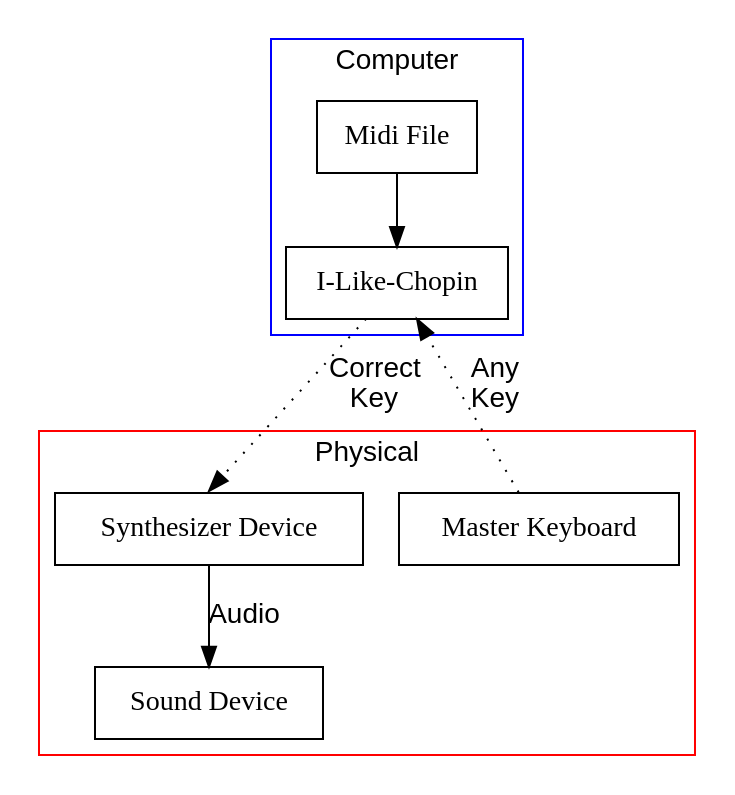
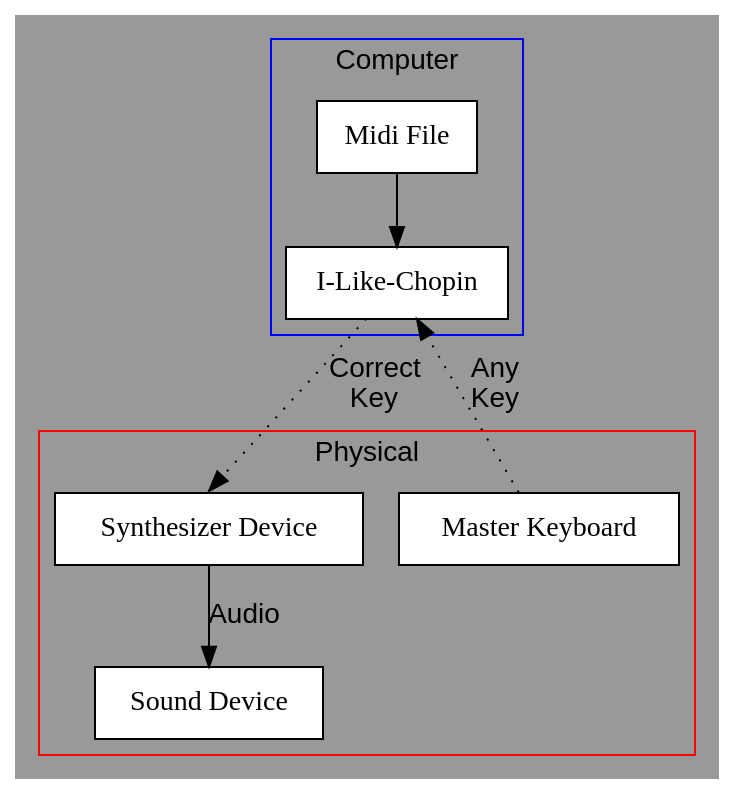
Before and after one commit to obook/I-like-Chopin: the diagram in media/ILC2.gv, drawn with Graphviz. The commit also changed 3 other files, not shown here.

```diff
--- a/media/ILC2.gv
+++ b/media/ILC2.gv
@@ -1,29 +1,30 @@
 digraph {
+        bgcolor="#999999";
         splines=false;
         ranksep=0.5;
         fontname="Helvetica,Arial,sans-serif";
         node[shape=box, color=black, style=filled, fillcolor=white];
         edge [fontname="Helvetica,Arial,sans-serif", color=black];
 
         subgraph cluster_0 {
                 label = "Computer";
                 color=blue;
                 MIDIFILE [label="Midi File"];
                 ILC [label="I-Like-Chopin"];
 
         }
 
         MIDIFILE -> ILC
         ILC -> SYNTH:n [label="Correct\lKey",labeljust=l,style="dotted"];
 
         subgraph cluster_1 {
                 label = "Physical";
                 color=red;
                 KEYBOARD[label="Master Keyboard"];
                 SYNTH [label="Synthesizer Device\n"];
                 SOUNDEVICE[label="Sound Device"];
         }
 
         KEYBOARD -> ILC [label="Any\rKey",style="dotted"];
         SYNTH -> SOUNDEVICE [label="Audio"];
 }
```
